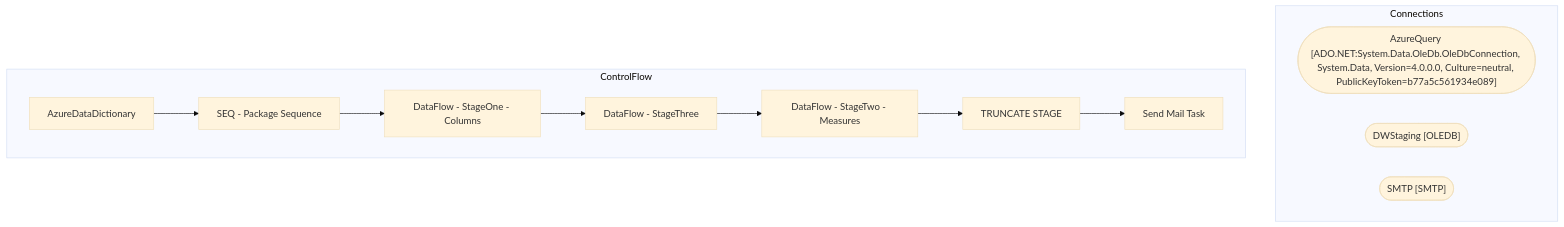
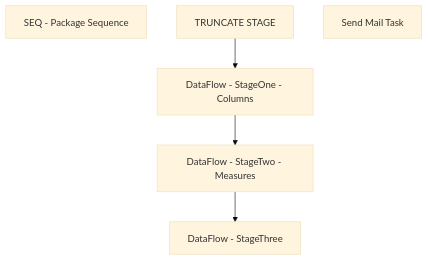
Before and after one commit to juanandresbrain/BABSkills: the diagram in bab-docs-explorer/Documentation/STL-SSIS-P-01/SSIS/Azure/AzureDataDictionary.AzureDataDictionary.md, drawn with Mermaid (base theme). The commit also changed other lines of this file and 273 other files, not shown here.

````diff
--- a/bab-docs-explorer/Documentation/STL-SSIS-P-01/SSIS/Azure/AzureDataDictionary.AzureDataDictionary.md
+++ b/bab-docs-explorer/Documentation/STL-SSIS-P-01/SSIS/Azure/AzureDataDictionary.AzureDataDictionary.md
@@ -9,23 +40,12 @@
 ```mermaid
 flowchart TD
-    subgraph Connections
-        AzureQuery_conn(["AzureQuery [ADO.NET:System.Data.OleDb.OleDbConnection, System.Data, Version=4.0.0.0, Culture=neutral, PublicKeyToken=b77a5c561934e089]"])
-        DWStaging_conn(["DWStaging [OLEDB]"])
-        SMTP_conn(["SMTP [SMTP]"])
-    end
-    subgraph ControlFlow
-        AzureDataDictionary_task["AzureDataDictionary"]
-        SEQ___Package_Sequence_task["SEQ - Package Sequence"]
-        AzureDataDictionary_task --> SEQ___Package_Sequence_task
-        DataFlow___StageOne___Columns_task["DataFlow - StageOne - Columns"]
-        SEQ___Package_Sequence_task --> DataFlow___StageOne___Columns_task
-        DataFlow___StageThree_task["DataFlow - StageThree"]
-        DataFlow___StageOne___Columns_task --> DataFlow___StageThree_task
-        DataFlow___StageTwo___Measures_task["DataFlow - StageTwo - Measures"]
-        DataFlow___StageThree_task --> DataFlow___StageTwo___Measures_task
-        TRUNCATE_STAGE_task["TRUNCATE STAGE"]
-        DataFlow___StageTwo___Measures_task --> TRUNCATE_STAGE_task
-        Send_Mail_Task_task["Send Mail Task"]
-        TRUNCATE_STAGE_task --> Send_Mail_Task_task
-    end
+    n_Package_SEQ___Package_Sequence["SEQ - Package Sequence"]
+    n_Package_SEQ___Package_Sequence_DataFlow___StageOne___Columns["DataFlow - StageOne - Columns"]
+    n_Package_SEQ___Package_Sequence_DataFlow___StageThree["DataFlow - StageThree"]
+    n_Package_SEQ___Package_Sequence_DataFlow___StageTwo___Measures["DataFlow - StageTwo - Measures"]
+    n_Package_SEQ___Package_Sequence_TRUNCATE_STAGE["TRUNCATE STAGE"]
+    n_Package_EventHandlers_OnError__Send_Mail_Task["Send Mail Task"]
+    n_Package_SEQ___Package_Sequence_TRUNCATE_STAGE --> n_Package_SEQ___Package_Sequence_DataFlow___StageOne___Columns
+    n_Package_SEQ___Package_Sequence_DataFlow___StageOne___Columns --> n_Package_SEQ___Package_Sequence_DataFlow___StageTwo___Measures
+    n_Package_SEQ___Package_Sequence_DataFlow___StageTwo___Measures --> n_Package_SEQ___Package_Sequence_DataFlow___StageThree
 ```
````
